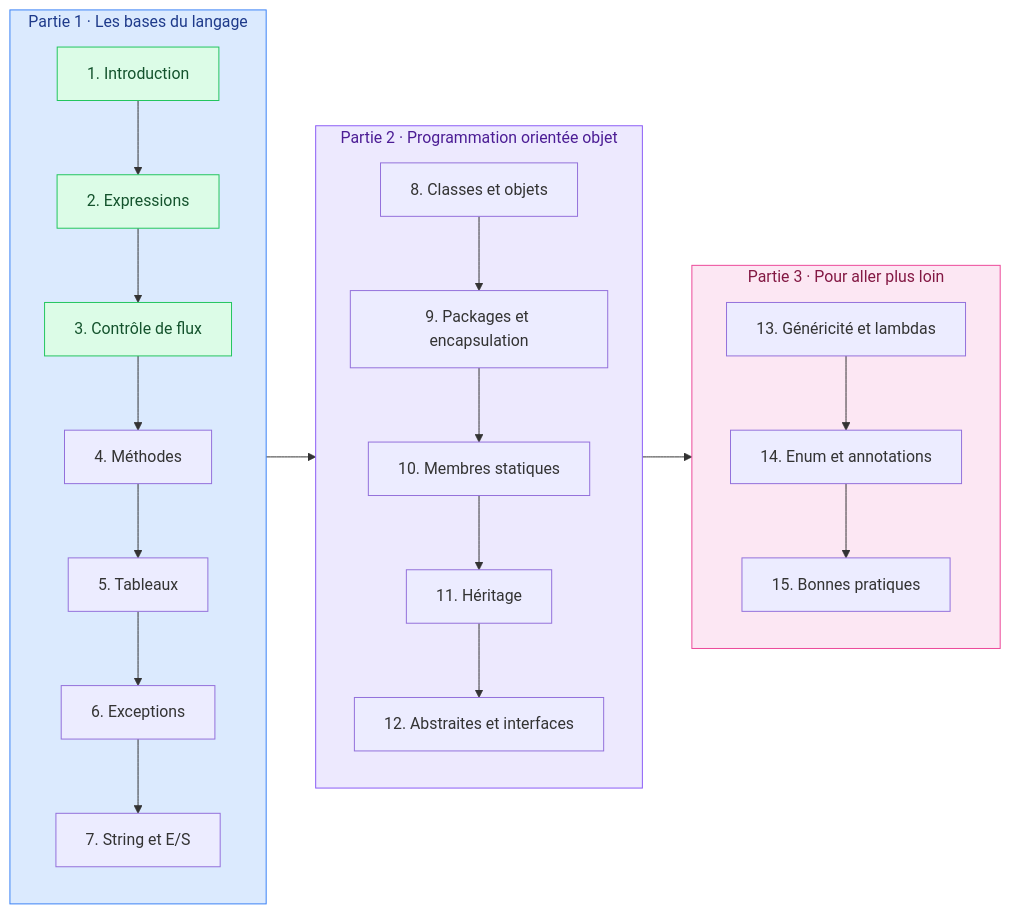
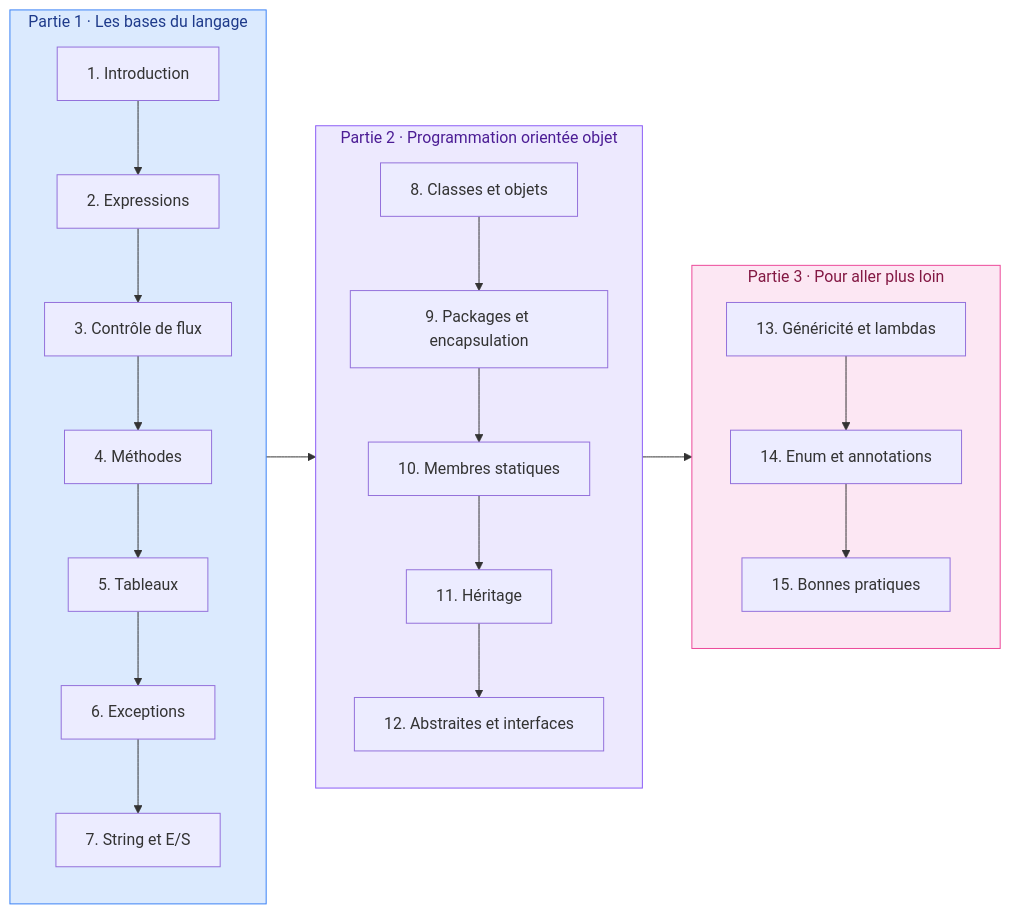
The diagram in programmation/README.md (GoobyWoobies/HEIA-IT), drawn with Mermaid before and after one commit. The commit also changed other lines of this file and 8 other files, not shown here.

````diff
--- a/programmation/README.md
+++ b/programmation/README.md
@@ -30,23 +30,20 @@
 ```mermaid
 flowchart LR
     subgraph P1["Partie 1 · Les bases du langage"]
         direction TB
         C1["1. Introduction"] --> C2["2. Expressions"] --> C3["3. Contrôle de flux"] --> C4["4. Méthodes"] --> C5["5. Tableaux"] --> C6["6. Exceptions"] --> C7["7. String et E/S"]
     end
     subgraph P2["Partie 2 · Programmation orientée objet"]
         direction TB
         C8["8. Classes et objets"] --> C9["9. Packages et encapsulation"] --> C10["10. Membres statiques"] --> C11["11. Héritage"] --> C12["12. Abstraites et interfaces"]
     end
     subgraph P3["Partie 3 · Pour aller plus loin"]
         direction TB
         C13["13. Généricité et lambdas"] --> C14["14. Enum et annotations"] --> C15["15. Bonnes pratiques"]
     end
     P1 --> P2 --> P3
 
     style P1 fill:#dbeafe,stroke:#3b82f6,color:#1e3a8a
     style P2 fill:#ede9fe,stroke:#8b5cf6,color:#4c1d95
     style P3 fill:#fce7f3,stroke:#ec4899,color:#831843
-    style C1 fill:#dcfce7,stroke:#22c55e,color:#14532d
-    style C2 fill:#dcfce7,stroke:#22c55e,color:#14532d
-    style C3 fill:#dcfce7,stroke:#22c55e,color:#14532d
 ```
````
